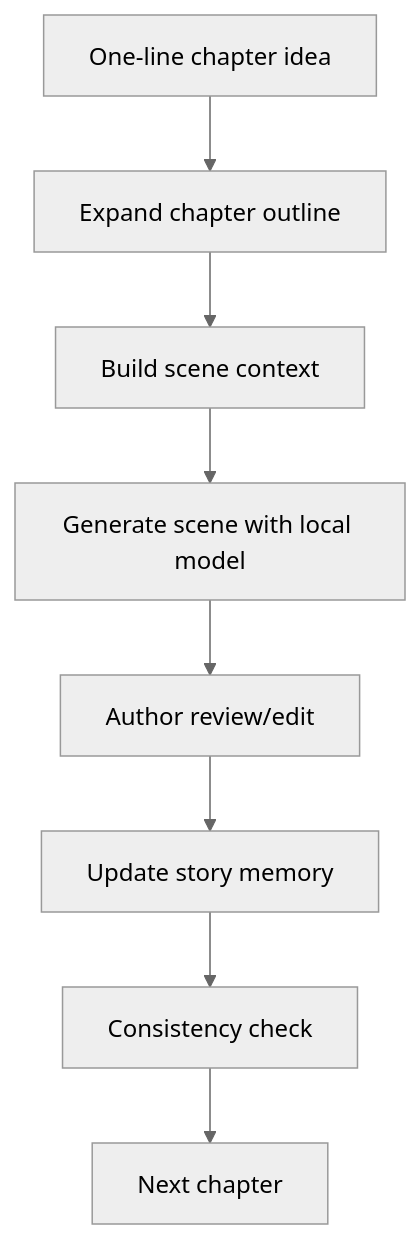
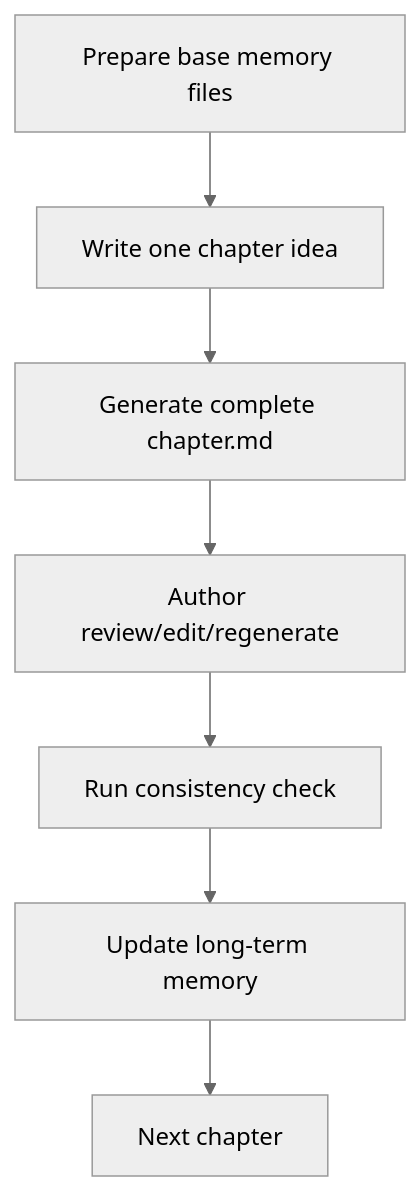
Before and after one commit to DuckTraDo/Novel: the diagram in README_EN.md, drawn with Mermaid (neutral theme). The commit also changed other lines of this file and 12 other files, not shown here.

````diff
--- a/README_EN.md
+++ b/README_EN.md
@@ -51,10 +22,9 @@
 ```mermaid
 flowchart TD
-    A[One-line chapter idea] --> B[Expand chapter outline]
-    B --> C[Build scene context]
-    C --> D[Generate scene with local model]
-    D --> E[Author review/edit]
-    E --> F[Update story memory]
-    F --> G[Consistency check]
-    G --> H[Next chapter]
+    A["Prepare base memory files"] --> B["Write one chapter idea"]
+    B --> C["Generate complete chapter.md"]
+    C --> D["Author review/edit/regenerate"]
+    D --> E["Run consistency check"]
+    E --> F["Update long-term memory"]
+    F --> G["Next chapter"]
 ```
````
